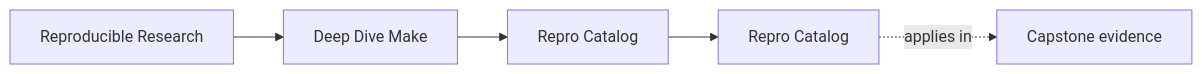
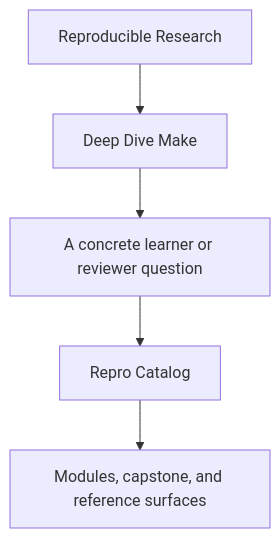
One commit to bijux/bijux-masterclass changed the first of 2 diagrams in programs/reproducible-research/deep-dive-make/course-book/guides/repro-catalog.md. Above: the diagram before and after it, drawn with Mermaid. The commit also changed other lines of this file and 29 other files, not shown here.

Commit message:
docs(deep-dive-make): sharpen guide and reference diagrams

````diff
--- a/programs/reproducible-research/deep-dive-make/course-book/guides/repro-catalog.md
+++ b/programs/reproducible-research/deep-dive-make/course-book/guides/repro-catalog.md
@@ -9,11 +9,7 @@
 ```mermaid
-graph LR
-  family["Reproducible Research"]
-  program["Deep Dive Make"]
-  section["Repro Catalog"]
-  page["Repro Catalog"]
-  capstone["Capstone evidence"]
-
-  family --> program --> section --> page
-  page -.applies in.-> capstone
+flowchart TD
+  family["Reproducible Research"] --> program["Deep Dive Make"]
+  program --> pressure["A concrete learner or reviewer question"]
+  pressure --> guide["Repro Catalog"]
+  guide --> next["Modules, capstone, and reference surfaces"]
 ```
````
